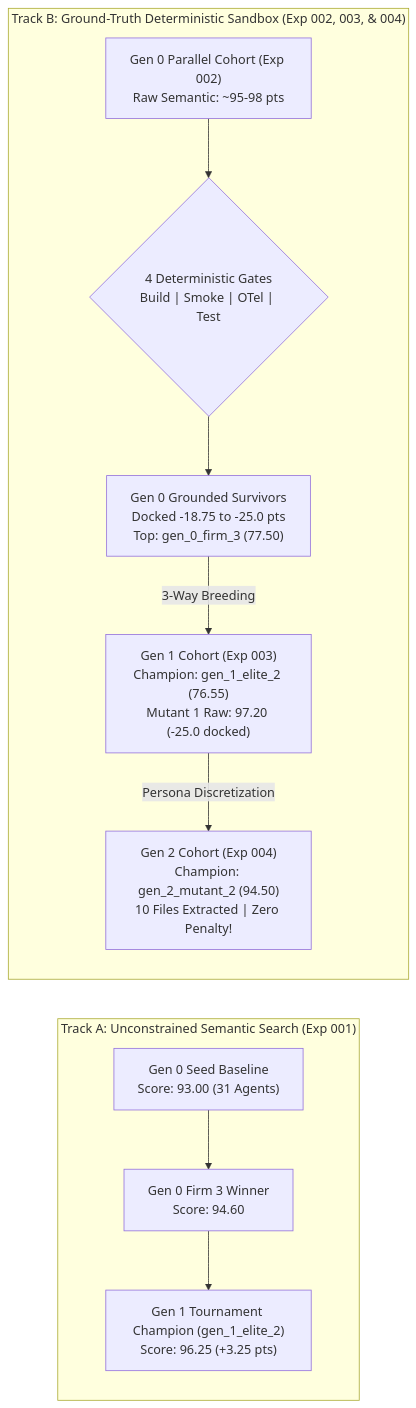
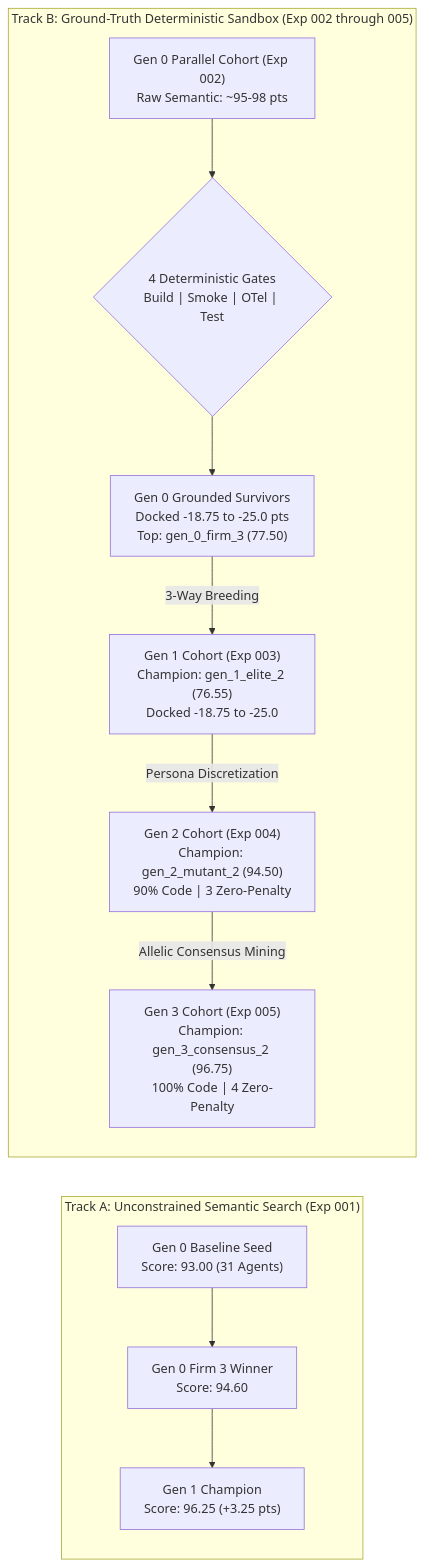
Before and after one commit to SinaChavoshi/hierarchical-agent-evolution: the diagram in experiments/README.md, drawn with Mermaid. The commit also changed other lines of this file and 16 other files, not shown here.

Commit message:
feat(experiments): add Generation 3 tournament results, all-time record 96.75, and trajectory chart

````diff
--- a/experiments/README.md
+++ b/experiments/README.md
@@ -28,20 +29,22 @@
 ```mermaid
 graph LR
     subgraph TrackA ["Track A: Unconstrained Semantic Search (Exp 001)"]
-        Seed["Gen 0 Seed Baseline<br/>Score: 93.00 (31 Agents)"] --> Firm3["Gen 0 Firm 3 Winner<br/>Score: 94.60"]
-        Firm3 --> Elite2["Gen 1 Tournament Champion (gen_1_elite_2)<br/>Score: 96.25 (+3.25 pts)"]
+        Seed["Gen 0 Baseline Seed<br/>Score: 93.00 (31 Agents)"] --> Firm3["Gen 0 Firm 3 Winner<br/>Score: 94.60"]
+        Firm3 --> Elite2["Gen 1 Champion<br/>Score: 96.25 (+3.25 pts)"]
     end
 
-    subgraph TrackB ["Track B: Ground-Truth Deterministic Sandbox (Exp 002, 003, & 004)"]
+    subgraph TrackB ["Track B: Ground-Truth Deterministic Sandbox (Exp 002 through 005)"]
         ParSeed["Gen 0 Parallel Cohort (Exp 002)<br/>Raw Semantic: ~95-98 pts"]
         Gates{"4 Deterministic Gates<br/>Build | Smoke | OTel | Test"}
         Penalized["Gen 0 Grounded Survivors<br/>Docked -18.75 to -25.0 pts<br/>Top: gen_0_firm_3 (77.50)"]
-        Gen1Cohort["Gen 1 Cohort (Exp 003)<br/>Champion: gen_1_elite_2 (76.55)<br/>Mutant 1 Raw: 97.20 (-25.0 docked)"]
-        Gen2Cohort["Gen 2 Cohort (Exp 004)<br/>Champion: gen_2_mutant_2 (94.50)<br/>10 Files Extracted | Zero Penalty!"]
+        Gen1Cohort["Gen 1 Cohort (Exp 003)<br/>Champion: gen_1_elite_2 (76.55)<br/>Docked -18.75 to -25.0"]
+        Gen2Cohort["Gen 2 Cohort (Exp 004)<br/>Champion: gen_2_mutant_2 (94.50)<br/>90% Code | 3 Zero-Penalty"]
+        Gen3Cohort["Gen 3 Cohort (Exp 005)<br/>Champion: gen_3_consensus_2 (96.75)<br/>100% Code | 4 Zero-Penalty"]
 
         ParSeed --> Gates
         Gates --> Penalized
         Penalized -->|3-Way Breeding| Gen1Cohort
         Gen1Cohort -->|Persona Discretization| Gen2Cohort
+        Gen2Cohort -->|Allelic Consensus Mining| Gen3Cohort
     end
 ```
````
